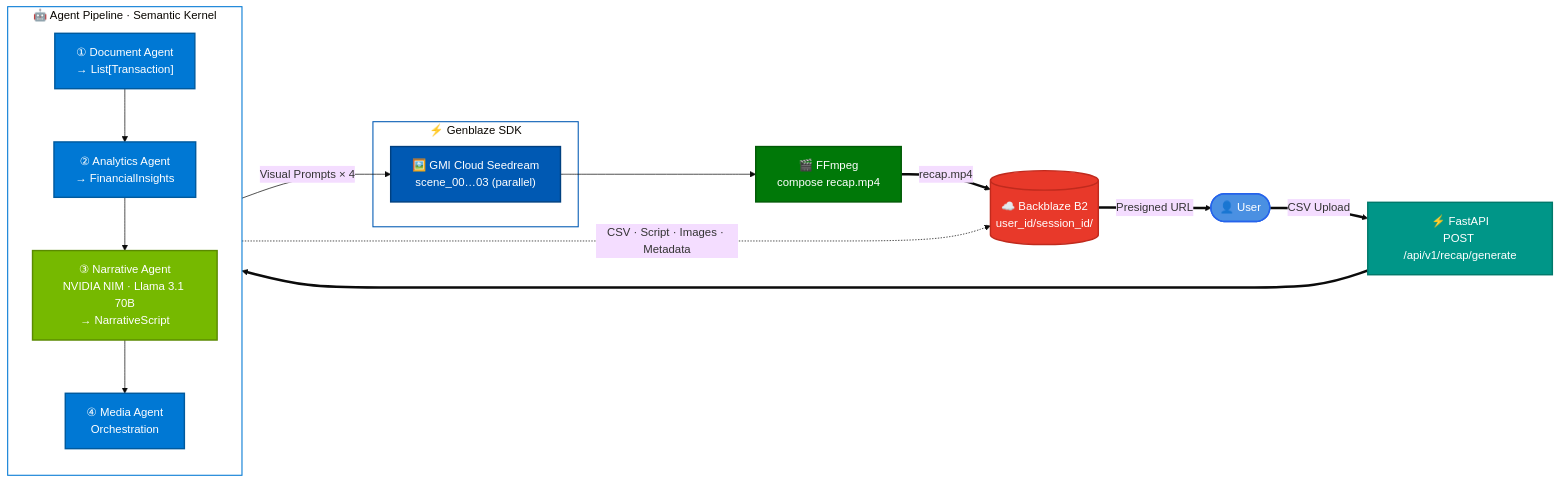
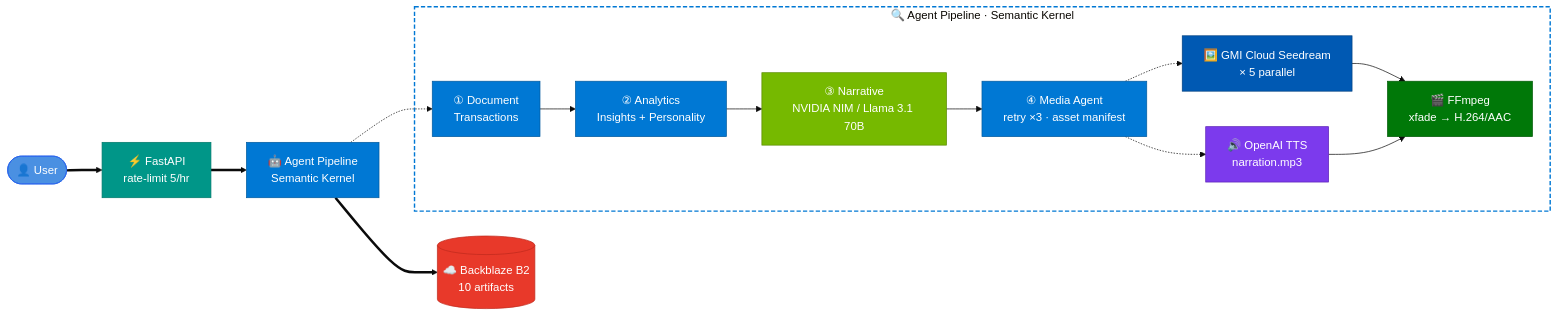
Before and after one commit to iarjunganesh/bankers-wrapped: the diagram in README.md, drawn with Mermaid (base theme). The commit also changed other lines of this file and 21 other files, not shown here.

First line of the commit message:
feat: v1.4.0 — full asset manifest, retry, xfade, 5-scene narrative, download ZIP

````diff
--- a/README.md
+++ b/README.md
@@ -63,45 +63,37 @@
 ```mermaid
 graph LR
-    classDef userStyle    fill:#4A90E2,stroke:#2563EB,stroke-width:2px,color:#fff;
-    classDef fastapiStyle fill:#009688,stroke:#00796B,stroke-width:2px,color:#fff;
-    classDef skStyle      fill:#0078D4,stroke:#005A9E,stroke-width:2px,color:#fff;
-    classDef nvidiaStyle  fill:#76B900,stroke:#5A8A00,stroke-width:2px,color:#fff;
-    classDef gmiStyle     fill:#0059B3,stroke:#004080,stroke-width:2px,color:#fff;
-    classDef ffmpegStyle  fill:#007808,stroke:#005A06,stroke-width:2px,color:#fff;
-    classDef b2Style      fill:#E8392A,stroke:#C02A1D,stroke-width:2px,color:#fff;
+    classDef user fill:#4A90E2,stroke:#2563EB,color:#fff
+    classDef api  fill:#009688,stroke:#00796B,color:#fff
+    classDef sk   fill:#0078D4,stroke:#005A9E,color:#fff
+    classDef nim  fill:#76B900,stroke:#5A8A00,color:#fff
+    classDef gmi  fill:#0059B3,stroke:#004080,color:#fff
+    classDef ff   fill:#007808,stroke:#005A06,color:#fff
+    classDef b2   fill:#E8392A,stroke:#C02A1D,color:#fff
+    classDef tts  fill:#7C3AED,stroke:#5B21B6,color:#fff
 
-    u(["👤 User"]):::userStyle
-    api["⚡ FastAPI<br/>POST /api/v1/recap/generate"]:::fastapiStyle
-    ff["🎬 FFmpeg<br/>compose recap.mp4"]:::ffmpegStyle
-    b2[("☁️ Backblaze B2<br/>user_id/session_id/")]:::b2Style
+    U(["👤 User"]):::user
+    API["⚡ FastAPI<br/>rate-limit 5/hr"]:::api
+    PL["🤖 Agent Pipeline<br/>Semantic Kernel"]:::sk
+    B2[("☁️ Backblaze B2<br/>10 artifacts")]:::b2
 
-    subgraph pipeline["🤖 Agent Pipeline · Semantic Kernel"]
-        direction TB
-        a1["① Document Agent<br/>→ List[Transaction]"]:::skStyle
-        a2["② Analytics Agent<br/>→ FinancialInsights"]:::skStyle
-        a3["③ Narrative Agent<br/>NVIDIA NIM · Llama 3.1 70B<br/>→ NarrativeScript"]:::nvidiaStyle
-        a4["④ Media Agent<br/>Orchestration"]:::skStyle
+    U ==> API ==> PL ==> B2
 
-        a1 --> a2
-        a2 --> a3
-        a3 --> a4
+    subgraph pipe["🔍 Agent Pipeline · Semantic Kernel"]
+        A1["① Document<br/>Transactions"]:::sk
+        A2["② Analytics<br/>Insights + Personality"]:::sk
+        A3["③ Narrative<br/>NVIDIA NIM / Llama 3.1 70B"]:::nim
+        A4["④ Media Agent<br/>retry ×3 · asset manifest"]:::sk
+        GI["🖼️ GMI Cloud Seedream<br/>× 5 parallel"]:::gmi
+        AU["🔊 OpenAI TTS<br/>narration.mp3"]:::tts
+        FF["🎬 FFmpeg<br/>xfade → H.264/AAC"]:::ff
+        A1 --> A2 --> A3 --> A4
+        A4 -.-> GI
+        A4 -.-> AU
+        GI --> FF
+        AU --> FF
     end
 
-    subgraph gb["⚡ Genblaze SDK"]
-        gi["🖼️ GMI Cloud Seedream<br/>scene_00…03 (parallel)"]:::gmiStyle
-    end
+    style pipe fill:transparent,stroke:#0078D4,stroke-width:2px,stroke-dasharray:6 3
 
-    style pipeline fill:transparent,stroke:#0078D4,stroke-width:1.5px
-    style gb fill:transparent,stroke:#0059B3,stroke-width:1.5px
-
-    u ==>|"CSV Upload"| api
-    api ==> a1
-
-    a4 -->|"Visual Prompts × 4"| gi
-
-    gi --> ff
-    ff ==>|"recap.mp4"| b2
-
-    a4 -.->|"CSV · Script · Images · Metadata"| b2
-    b2 ==>|"Presigned URL"| u
+    PL -.-> A1
 ```
````
